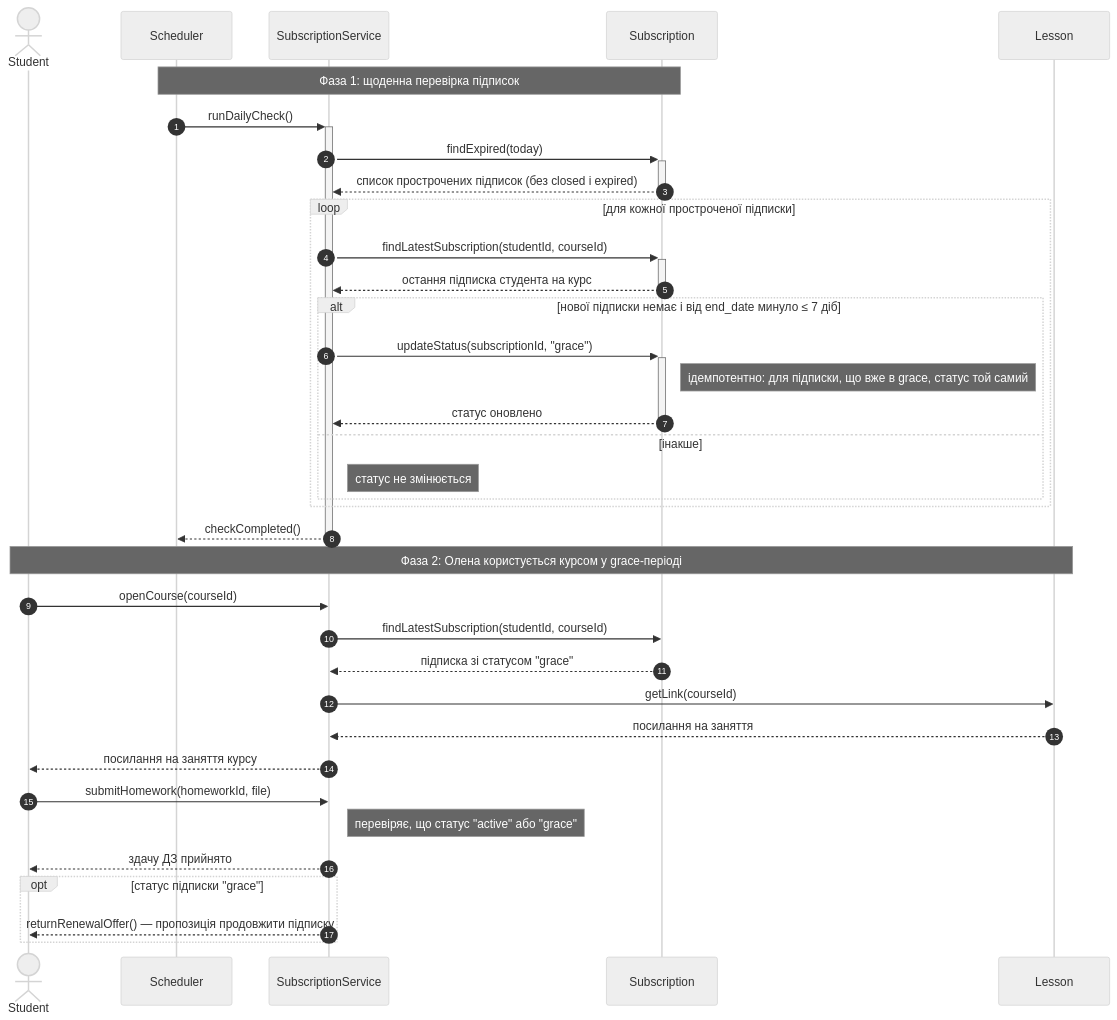
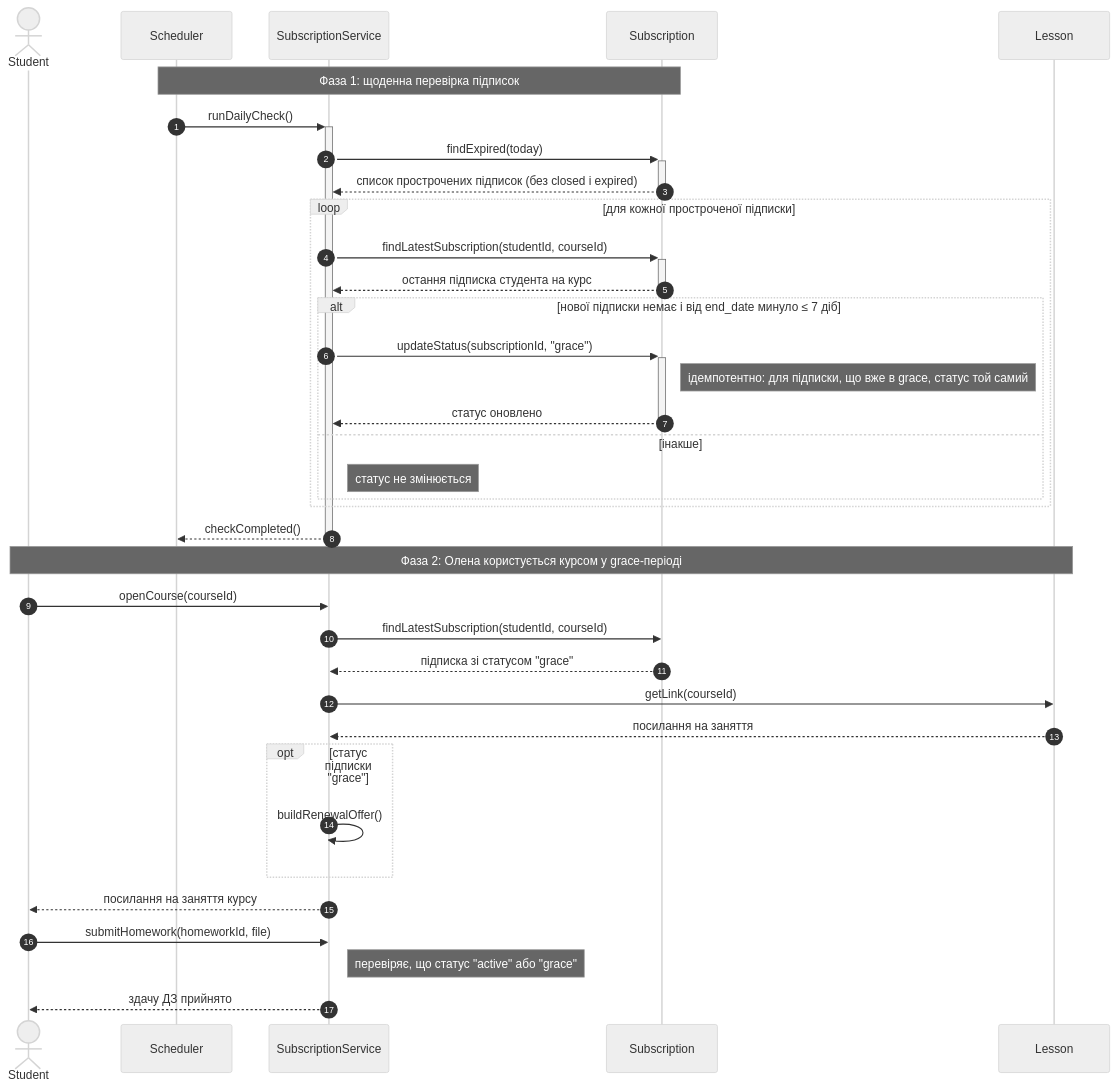
The diagram in Sequence Diagram/diagram-req-31.mmd (grmaryna/MathHub), drawn with Mermaid (neutral theme) before and after one commit. The commit also changed 1 other file, not shown here.

Commit message:
додано opt статус підписки grace

```diff
--- a/Sequence Diagram/diagram-req-31.mmd
+++ b/Sequence Diagram/diagram-req-31.mmd
@@ -1,44 +1,45 @@
 sequenceDiagram
     autonumber
     actor Student
     participant Scheduler
     participant SubscriptionService
     participant Subscription
     participant Lesson
 
     Note over Scheduler,Subscription: Фаза 1: щоденна перевірка підписок
 
     Scheduler->>+SubscriptionService: runDailyCheck()
     SubscriptionService->>+Subscription: findExpired(today)
     Subscription-->>-SubscriptionService: список прострочених підписок (без closed і expired)
 
     loop для кожної простроченої підписки
         SubscriptionService->>+Subscription: findLatestSubscription(studentId, courseId)
         Subscription-->>-SubscriptionService: остання підписка студента на курс
 
         alt нової підписки немає і від end_date минуло ≤ 7 діб
             SubscriptionService->>+Subscription: updateStatus(subscriptionId, "grace")
             Note right of Subscription: ідемпотентно: для підписки, що вже в grace, статус той самий
             Subscription-->>-SubscriptionService: статус оновлено
         else інакше
             Note right of SubscriptionService: статус не змінюється
         end
     end
     SubscriptionService-->>-Scheduler: checkCompleted()
 
     Note over Student,Lesson: Фаза 2: Олена користується курсом у grace-періоді
 
     Student->>SubscriptionService: openCourse(courseId)
     SubscriptionService->>Subscription: findLatestSubscription(studentId, courseId)
     Subscription-->>SubscriptionService: підписка зі статусом "grace"
     SubscriptionService->>Lesson: getLink(courseId)
     Lesson-->>SubscriptionService: посилання на заняття
+    
+    opt статус підписки "grace"
+        SubscriptionService->>SubscriptionService: buildRenewalOffer()
+    end
+
     SubscriptionService-->>Student: посилання на заняття курсу
 
     Student->>SubscriptionService: submitHomework(homeworkId, file)
     Note right of SubscriptionService: перевіряє, що статус "active" або "grace"
     SubscriptionService-->>Student: здачу ДЗ прийнято
-
-    opt статус підписки "grace"
-        SubscriptionService-->>Student: returnRenewalOffer() — пропозиція продовжити підписку
-    end
```
